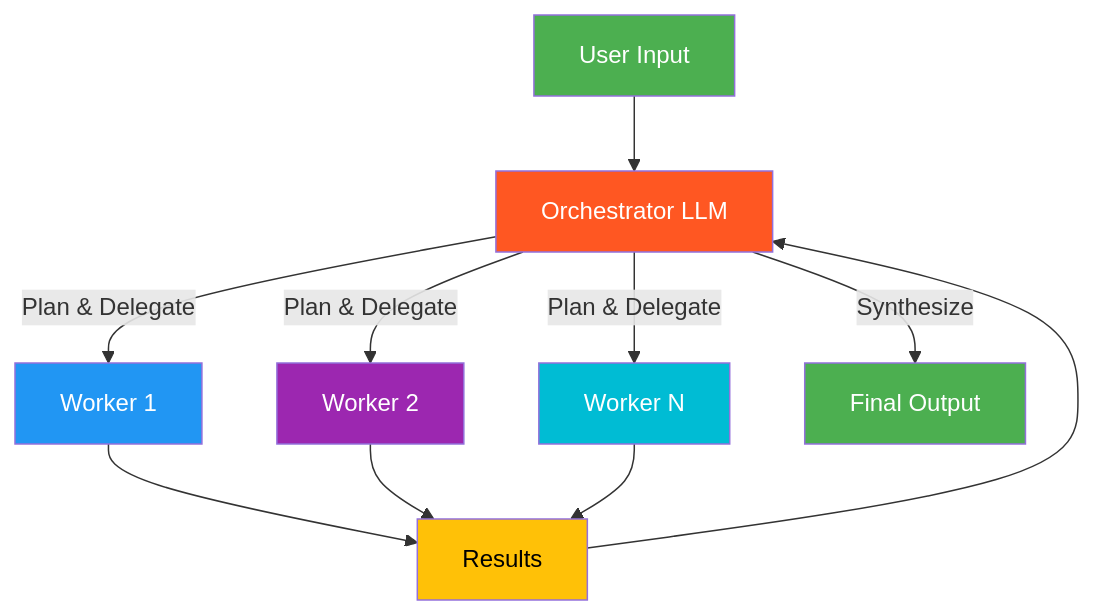
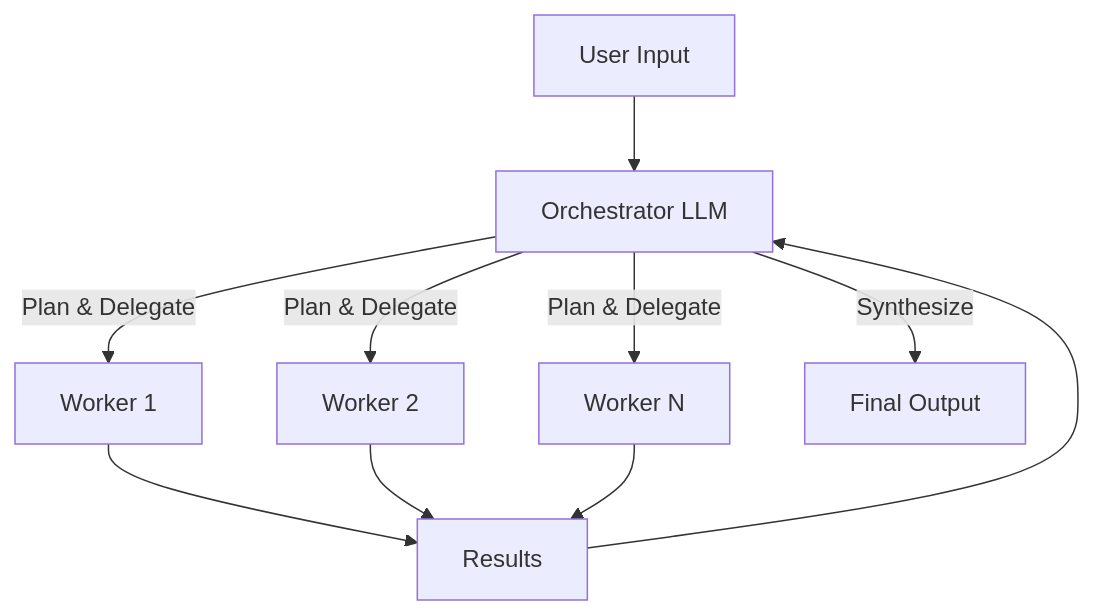
The fifth of 11 diagrams in README.md (saisrinivas-samoju/agentic_architectures), drawn with Mermaid before and after one commit. The commit also changed other lines of this file and 20 other files, not shown here.

````diff
--- a/README.md
+++ b/README.md
@@ -219,20 +236,12 @@
 ```mermaid
 flowchart TD
     A[User Input] --> B[Orchestrator LLM]
     B -->|Plan & Delegate| C[Worker 1]
     B -->|Plan & Delegate| D[Worker 2]
     B -->|Plan & Delegate| E[Worker N]
     C --> F[Results]
     D --> F
     E --> F
     F --> B
     B -->|Synthesize| G[Final Output]
-
-    style A fill:#4CAF50,color:#fff
-    style B fill:#FF5722,color:#fff
-    style C fill:#2196F3,color:#fff
-    style D fill:#9C27B0,color:#fff
-    style E fill:#00BCD4,color:#fff
-    style F fill:#FFC107,color:#000
-    style G fill:#4CAF50,color:#fff
 ```
````
